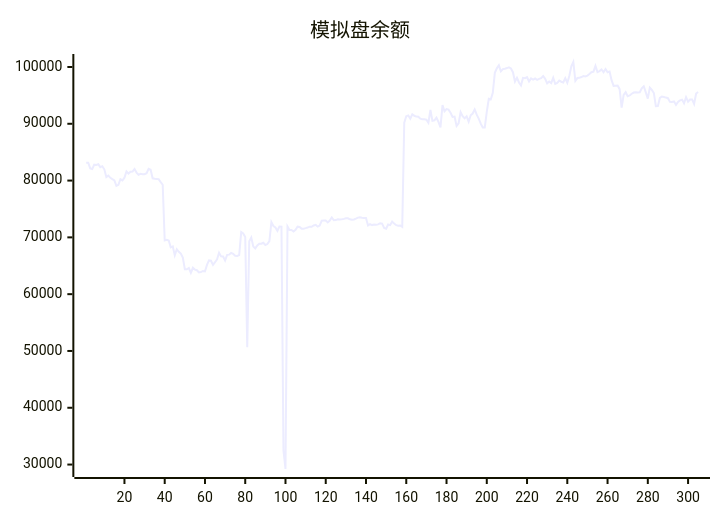
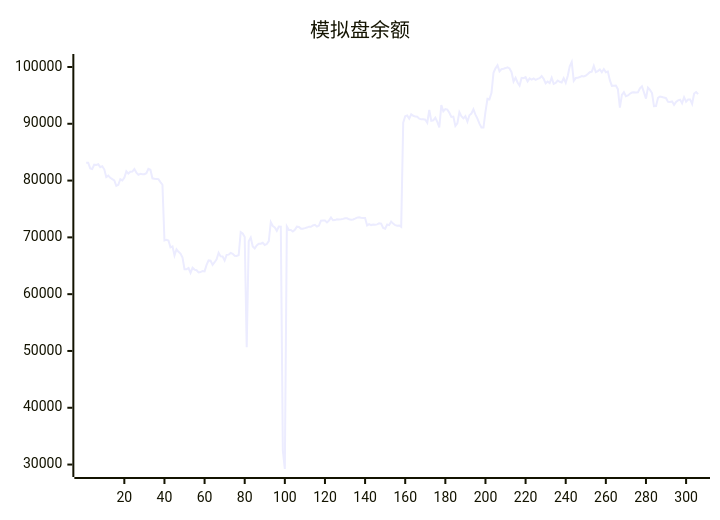
The diagram in README.md (aahl/ai-trading), drawn with Mermaid before and after one commit. The commit also changed other lines of this file and 1 other file, not shown here.

````diff
--- a/README.md
+++ b/README.md
@@ -5,5 +5,5 @@
 ```mermaid
 xychart
     title "模拟盘余额"
-    line [83144,83145,82150,82038,82797,82763,82872,82367,82536,81981,80612,80862,80484,80242,80034,79063,79245,80227,80016,80507,81625,81233,81544,81578,82016,81401,81019,81186,81130,81118,81306,82066,81909,80392,80304,80291,80258,79729,79261,69466,69579,69456,68251,68415,66832,67911,67462,67144,66432,64380,64375,64606,63741,64647,64324,64216,63842,63877,64079,64008,65156,65945,65888,65157,65625,66144,67284,66653,66639,65924,66925,66956,67263,67108,66766,66729,66886,70927,70673,70049,50652,69334,69973,68400,68061,68578,68877,68879,69055,68662,68822,69329,72687,71999,71760,71163,71911,71896,32500,29218,71927,71297,71305,71044,71337,71883,71822,71536,71536,71622,71723,71880,71860,72100,72216,71887,72077,72940,72976,72966,72638,72948,73497,73004,73041,73173,73160,73187,73258,73375,73351,73173,73098,73161,73305,73474,73536,73457,73413,73412,72100,72333,72164,72272,72204,72285,72461,72421,71652,71521,72267,72157,72774,72425,72144,72060,72091,71858,90185,91338,91466,90900,91678,91404,91268,91244,90903,90779,90787,90721,90187,92429,90518,90619,91070,90328,89376,93286,92202,92581,92485,91947,91196,91259,89619,90086,92063,91355,90950,91327,90373,91498,91800,92531,91603,90910,90031,89351,89334,92097,94406,94315,95455,98972,99763,100286,99229,99622,99701,99805,99938,99738,99082,97430,98094,97267,96741,98081,98013,98194,97447,97983,97789,97969,97729,97911,98043,98405,97912,97120,97448,97154,98095,97021,97191,97616,97402,97263,98035,97210,98424,100121,100876,97552,98049,98085,98228,98388,98342,98488,98750,99086,99181,100188,99107,99272,99553,99072,99636,99061,99186,97674,96679,96704,96743,96096,92830,95088,95560,94866,94995,95295,95497,95531,95527,95559,96236,96597,95538,94422,96363,95972,95418,93095,93128,94558,94795,94727,94611,94508,93857,93852,93955,93340,93862,94112,94249,93603,94682,93898,94267,94288,93490,95337,95601]
+    line [83144,83145,82150,82038,82797,82763,82872,82367,82536,81981,80612,80862,80484,80242,80034,79063,79245,80227,80016,80507,81625,81233,81544,81578,82016,81401,81019,81186,81130,81118,81306,82066,81909,80392,80304,80291,80258,79729,79261,69466,69579,69456,68251,68415,66832,67911,67462,67144,66432,64380,64375,64606,63741,64647,64324,64216,63842,63877,64079,64008,65156,65945,65888,65157,65625,66144,67284,66653,66639,65924,66925,66956,67263,67108,66766,66729,66886,70927,70673,70049,50652,69334,69973,68400,68061,68578,68877,68879,69055,68662,68822,69329,72687,71999,71760,71163,71911,71896,32500,29218,71927,71297,71305,71044,71337,71883,71822,71536,71536,71622,71723,71880,71860,72100,72216,71887,72077,72940,72976,72966,72638,72948,73497,73004,73041,73173,73160,73187,73258,73375,73351,73173,73098,73161,73305,73474,73536,73457,73413,73412,72100,72333,72164,72272,72204,72285,72461,72421,71652,71521,72267,72157,72774,72425,72144,72060,72091,71858,90185,91338,91466,90900,91678,91404,91268,91244,90903,90779,90787,90721,90187,92429,90518,90619,91070,90328,89376,93286,92202,92581,92485,91947,91196,91259,89619,90086,92063,91355,90950,91327,90373,91498,91800,92531,91603,90910,90031,89351,89334,92097,94406,94315,95455,98972,99763,100286,99229,99622,99701,99805,99938,99738,99082,97430,98094,97267,96741,98081,98013,98194,97447,97983,97789,97969,97729,97911,98043,98405,97912,97120,97448,97154,98095,97021,97191,97616,97402,97263,98035,97210,98424,100121,100876,97552,98049,98085,98228,98388,98342,98488,98750,99086,99181,100188,99107,99272,99553,99072,99636,99061,99186,97674,96679,96704,96743,96096,92830,95088,95560,94866,94995,95295,95497,95531,95527,95559,96236,96597,95538,94422,96363,95972,95418,93095,93128,94558,94795,94727,94611,94508,93857,93852,93955,93340,93862,94112,94249,93603,94682,93898,94267,94288,93490,95337,95601,95226]
 ```
````
